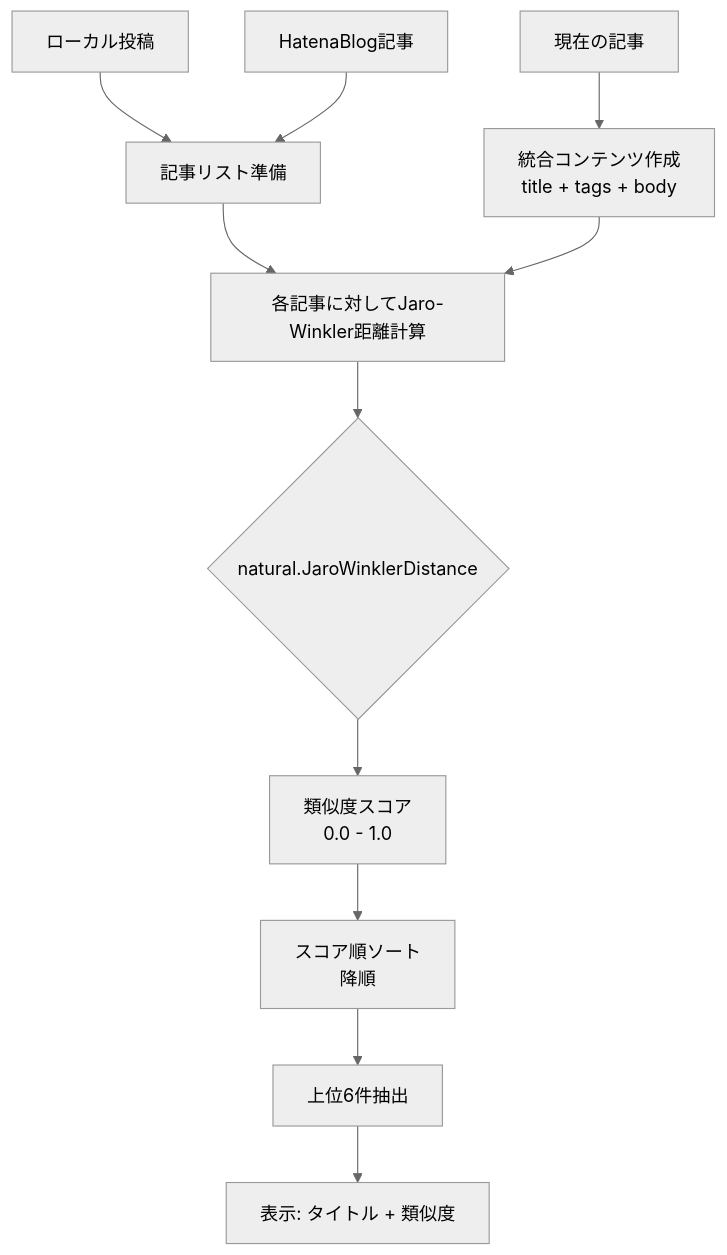
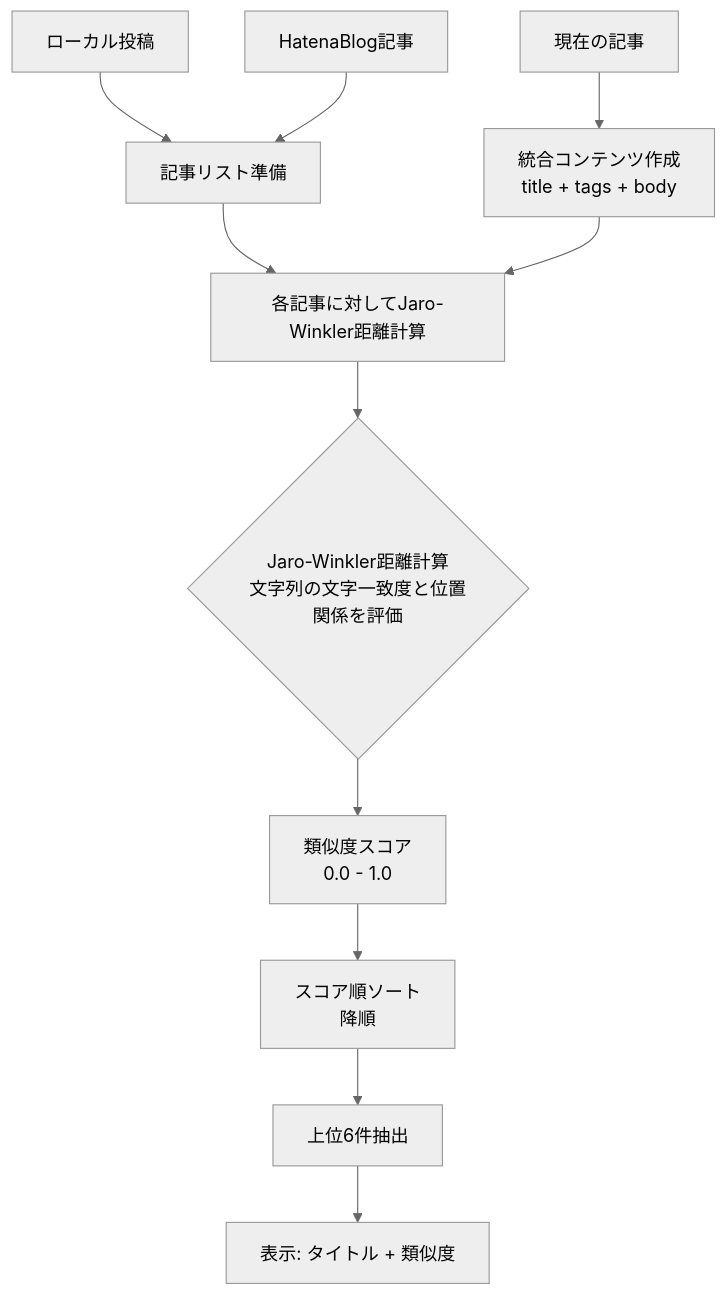
Before and after one commit to korosuke613/homepage-2nd: the fourth of 10 diagrams in src/content/posts/20250727_tech_stack.md, drawn with Mermaid (neutral theme). The commit also changed other lines of this file, not shown here.

First line of the commit message:
docs: Jaro-Winkler距離計算の詳細説明を追加とGitHubリンクを更新

````diff
--- a/src/content/posts/20250727_tech_stack.md
+++ b/src/content/posts/20250727_tech_stack.md
@@ -258,17 +258,17 @@
 ```mermaid
 graph TD
     A[現在の記事] --> B[統合コンテンツ作成<br/>title + tags + body]
     
     C[ローカル投稿] --> D[記事リスト準備]
     E[HatenaBlog記事] --> D
     
     D --> F[各記事に対してJaro-Winkler距離計算]
     B --> F
     
-    F --> G{natural.JaroWinklerDistance}
+    F --> G{Jaro-Winkler距離計算<br/>文字列の文字一致度と位置関係を評価}
     G --> H[類似度スコア<br/>0.0 - 1.0]
     
     H --> I[スコア順ソート<br/>降順]
     I --> J[上位6件抽出]
     J --> K[表示: タイトル + 類似度]
 ```
````
